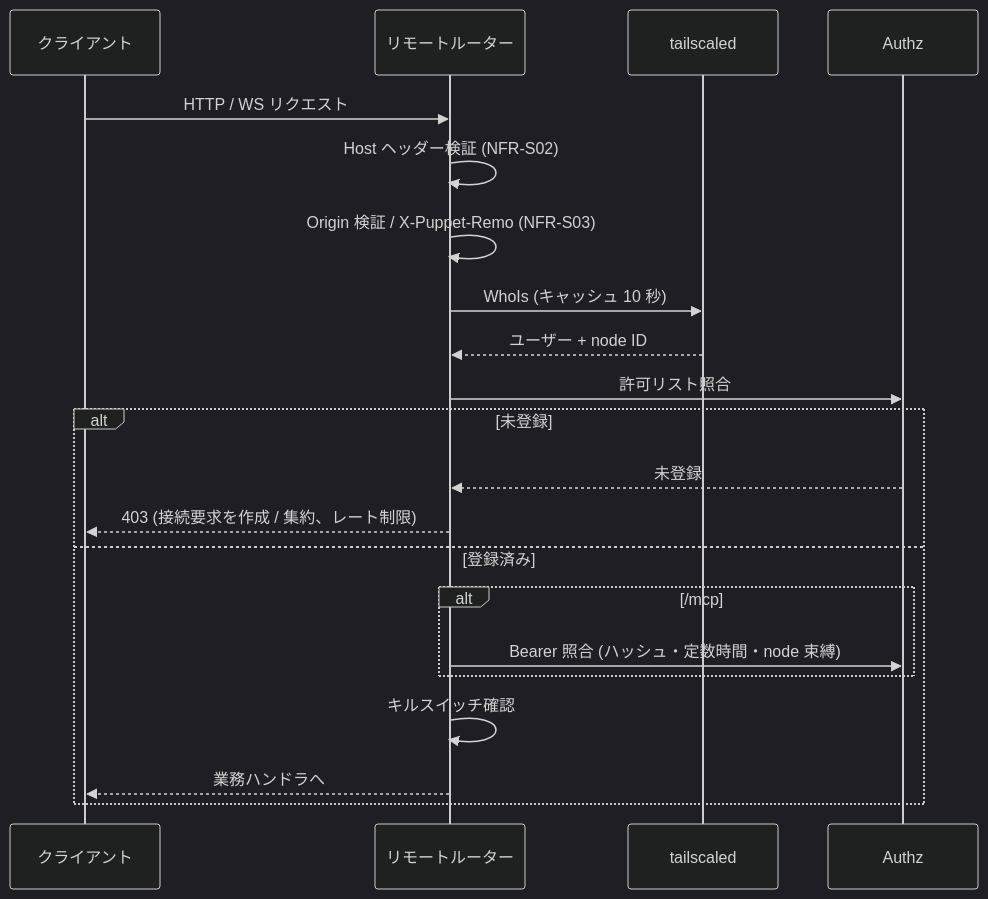
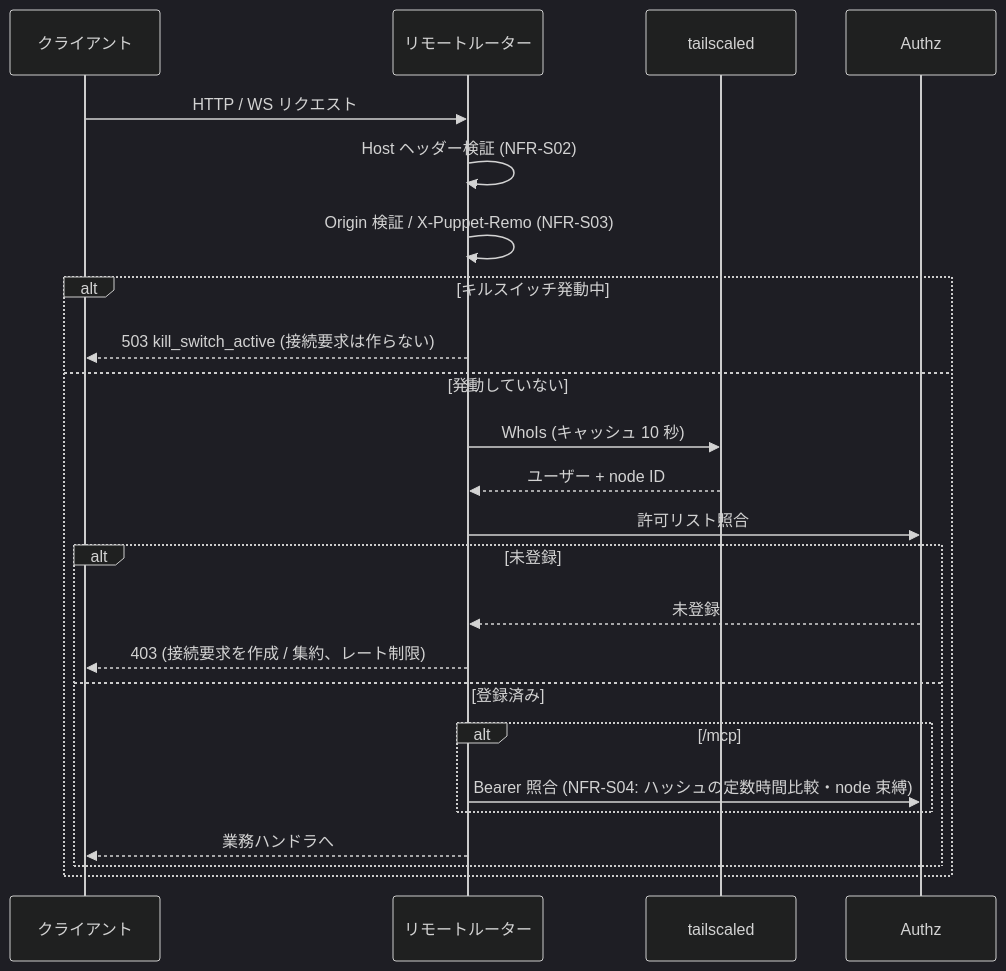
One commit to ousiassllc/puppet-remo changed the third of 9 diagrams in docs/architecture/overview.md. Above: the diagram before and after it, drawn with Mermaid (dark theme). The commit also changed other lines of this file and 7 other files, not shown here.

````diff
--- a/docs/architecture/overview.md
+++ b/docs/architecture/overview.md
@@ -179,23 +179,26 @@
 ```mermaid
 sequenceDiagram
     participant C as クライアント
     participant N as リモートルーター
     participant TS as tailscaled
     participant A as Authz
     C->>N: HTTP / WS リクエスト
     N->>N: Host ヘッダー検証 (NFR-S02)
     N->>N: Origin 検証 / X-Puppet-Remo (NFR-S03)
-    N->>TS: WhoIs (キャッシュ 10 秒)
-    TS-->>N: ユーザー + node ID
-    N->>A: 許可リスト照合
-    alt 未登録
-        A-->>N: 未登録
-        N-->>C: 403 (接続要求を作成 / 集約、レート制限)
-    else 登録済み
-        alt /mcp
-            N->>A: Bearer 照合 (ハッシュ・定数時間・node 束縛)
+    alt キルスイッチ発動中
+        N-->>C: 503 kill_switch_active (接続要求は作らない)
+    else 発動していない
+        N->>TS: WhoIs (キャッシュ 10 秒)
+        TS-->>N: ユーザー + node ID
+        N->>A: 許可リスト照合
+        alt 未登録
+            A-->>N: 未登録
+            N-->>C: 403 (接続要求を作成 / 集約、レート制限)
+        else 登録済み
+            alt /mcp
+                N->>A: Bearer 照合 (NFR-S04: ハッシュの定数時間比較・node 束縛)
+            end
+            N-->>C: 業務ハンドラへ
         end
-        N->>N: キルスイッチ確認
-        N-->>C: 業務ハンドラへ
     end
 ```
````
